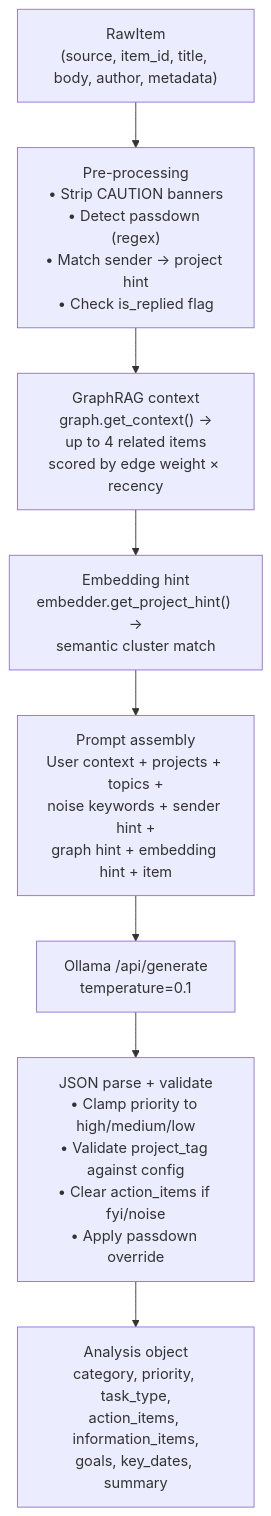
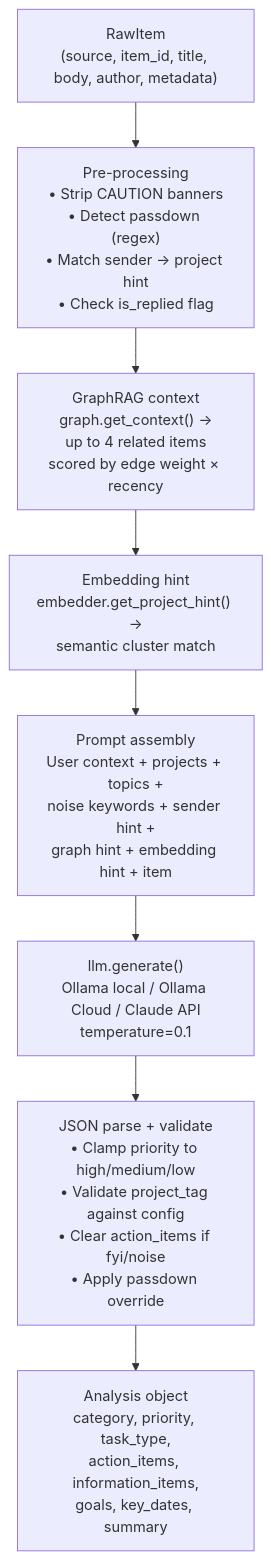
Before and after one commit to rcanterberryhall/hexcaliper-squire: the fourth of 10 diagrams in DESIGN.md, drawn with Mermaid. The commit also changed other lines of this file and 2 other files, not shown here.

First line of the commit message:
docs: document configurable analysis provider (llm.py)

````diff
--- a/DESIGN.md
+++ b/DESIGN.md
@@ -150,13 +152,13 @@
 ```mermaid
 flowchart TD
     Raw["RawItem\n(source, item_id, title, body, author, metadata)"]
     Pre["Pre-processing\n• Strip CAUTION banners\n• Detect passdown (regex)\n• Match sender → project hint\n• Check is_replied flag"]
     GraphCtx["GraphRAG context\ngraph.get_context() →\nup to 4 related items\nscored by edge weight × recency"]
     EmbCtx["Embedding hint\nembedder.get_project_hint() →\nsemantic cluster match"]
     Prompt["Prompt assembly\nUser context + projects + topics +\nnoise keywords + sender hint +\ngraph hint + embedding hint + item"]
-    Ollama["Ollama /api/generate\ntemperature=0.1"]
+    LLMCall["llm.generate()\nOllama local / Ollama Cloud / Claude API\ntemperature=0.1"]
     Parse["JSON parse + validate\n• Clamp priority to high/medium/low\n• Validate project_tag against config\n• Clear action_items if fyi/noise\n• Apply passdown override"]
     Analysis["Analysis object\ncategory, priority, task_type,\naction_items, information_items,\ngoals, key_dates, summary"]
 
-    Raw --> Pre --> GraphCtx --> EmbCtx --> Prompt --> Ollama --> Parse --> Analysis
+    Raw --> Pre --> GraphCtx --> EmbCtx --> Prompt --> LLMCall --> Parse --> Analysis
 ```
````
